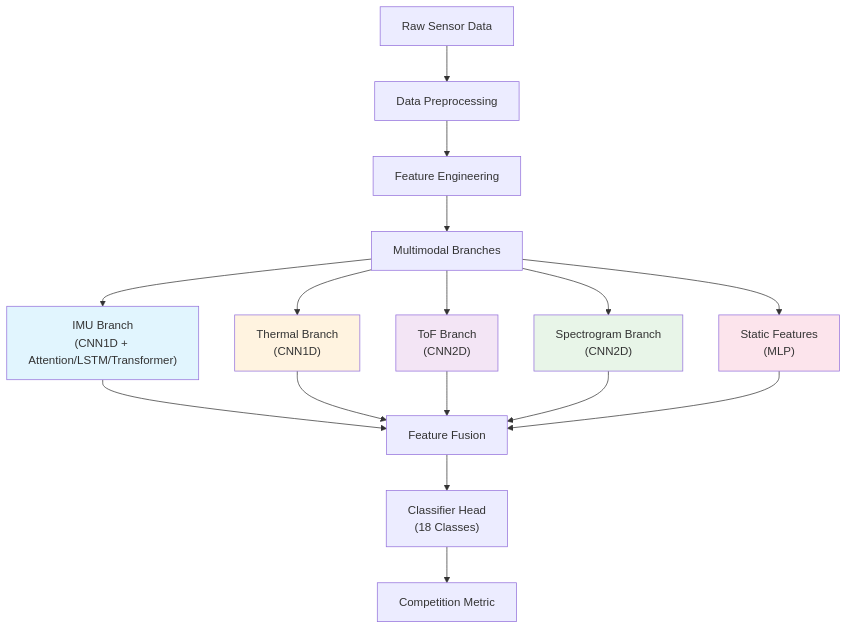
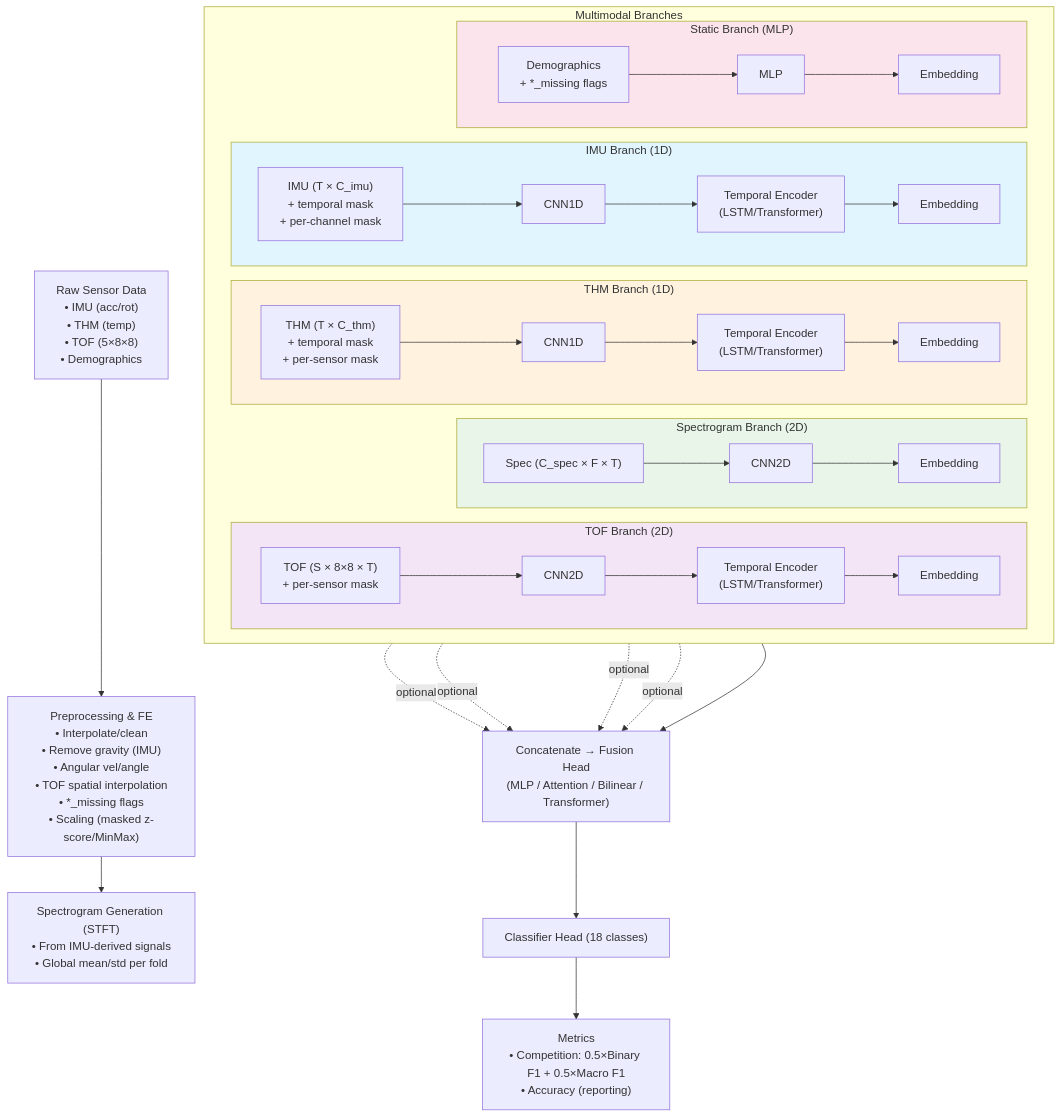
The first of 2 diagrams in README.md (NickSiboZhu/CMI2025), drawn with Mermaid before and after one commit. The commit also changed other lines of this file, not shown here.

````diff
--- a/README.md
+++ b/README.md
@@ -54,27 +56,55 @@
 ```mermaid
 graph TD
-    A["Raw Sensor Data"] --> B["Data Preprocessing"]
-    B --> C["Feature Engineering"]
-    C --> D["Multimodal Branches"]
-    
-    D --> E["IMU Branch<br/>(CNN1D + Attention/LSTM/Transformer)"]
-    D --> F["Thermal Branch<br/>(CNN1D)"]
-    D --> G["ToF Branch<br/>(CNN2D)"]
-    D --> H["Spectrogram Branch<br/>(CNN2D)"]
-    D --> I["Static Features<br/>(MLP)"]
-    
-    E --> J["Feature Fusion"]
-    F --> J
-    G --> J
-    H --> J
-    I --> J
-    
-    J --> K["Classifier Head<br/>(18 Classes)"]
-    K --> L["Competition Metric"]
-    
-    style E fill:#e1f5fe
-    style F fill:#fff3e0
-    style G fill:#f3e5f5
-    style H fill:#e8f5e8
-    style I fill:#fce4ec
+    %% Stage: Input & Preprocessing
+    A["Raw Sensor Data\n• IMU (acc/rot)\n• THM (temp)\n• TOF (5×8×8)\n• Demographics"] --> B["Preprocessing & FE\n• Interpolate/clean\n• Remove gravity (IMU)\n• Angular vel/angle\n• TOF spatial interpolation\n• *_missing flags\n• Scaling (masked z-score/MinMax)"]
+    B --> C["Spectrogram Generation (STFT)\n• From IMU-derived signals\n• Global mean/std per fold"]
+
+    %% Stage: Branches
+    subgraph D["Multimodal Branches"]
+        direction LR
+
+        subgraph D1["IMU Branch (1D)"]
+            IMU["IMU (T × C_imu)\n+ temporal mask\n+ per-channel mask"] --> CNN_IMU["CNN1D"]
+            CNN_IMU --> TE_IMU["Temporal Encoder\n(LSTM/Transformer)"]
+            TE_IMU --> E_IMU["Embedding"]
+        end
+
+        subgraph D2["THM Branch (1D)"]
+            THM["THM (T × C_thm)\n+ temporal mask\n+ per-sensor mask"] --> CNN_THM["CNN1D"]
+            CNN_THM --> TE_THM["Temporal Encoder\n(LSTM/Transformer)"]
+            TE_THM --> E_THM["Embedding"]
+        end
+
+        subgraph D3["Spectrogram Branch (2D)"]
+            SPEC["Spec (C_spec × F × T)"] --> CNN_SPEC["CNN2D"]
+            CNN_SPEC --> E_SPEC["Embedding"]
+        end
+
+        subgraph D4["TOF Branch (2D)"]
+            TOF["TOF (S × 8×8 × T)\n+ per-sensor mask"] --> CNN_TOF["CNN2D"]
+            CNN_TOF --> TE_TOF["Temporal Encoder\n(LSTM/Transformer)"]
+            TE_TOF --> E_TOF["Embedding"]
+        end
+
+        subgraph D5["Static Branch (MLP)"]
+            STATIC["Demographics\n+ *_missing flags"] --> MLP_STATIC["MLP"]
+            MLP_STATIC --> E_STATIC["Embedding"]
+        end
+    end
+
+    %% Fusion & Head
+    E_IMU -. optional .-> F
+    E_THM -. optional .-> F
+    E_SPEC -. optional .-> F
+    E_TOF -. optional .-> F
+    E_STATIC --> F["Concatenate → Fusion Head\n(MLP / Attention / Bilinear / Transformer)"]
+    F --> K["Classifier Head (18 classes)"]
+    K --> L["Metrics\n• Competition: 0.5×Binary F1 + 0.5×Macro F1\n• Accuracy (reporting)"]
+
+    %% Styles
+    style D1 fill:#e1f5fe
+    style D2 fill:#fff3e0
+    style D4 fill:#f3e5f5
+    style D3 fill:#e8f5e8
+    style D5 fill:#fce4ec
 ```
````
